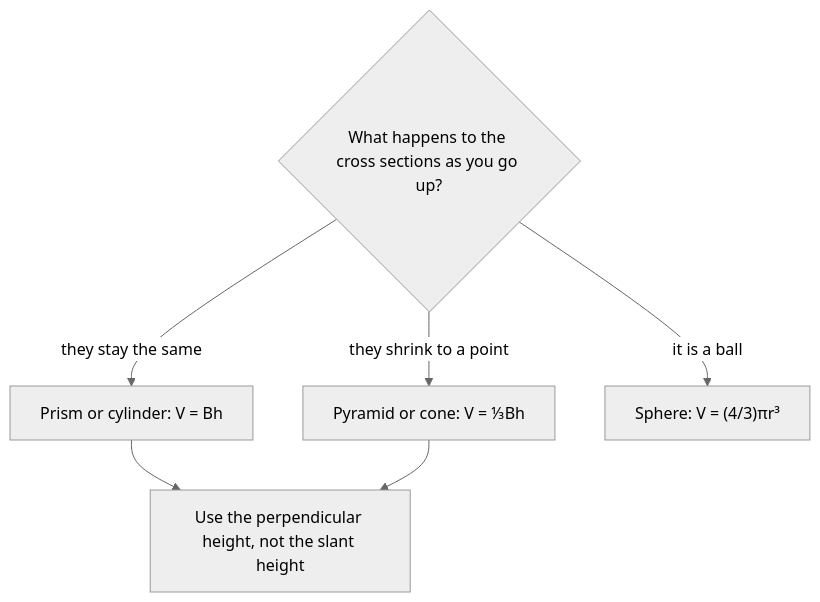
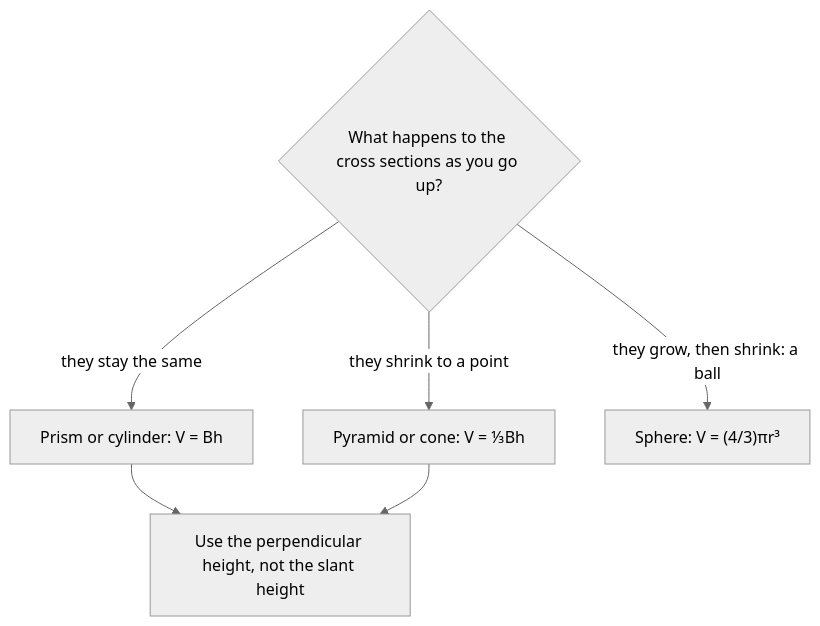
The diagram in content/math/geometry/lessons/34-volume.md (Aziliz/erudior), drawn with Mermaid (neutral theme) before and after one commit. The commit also changed 10 other files, not shown here.

````diff
--- a/content/math/geometry/lessons/34-volume.md
+++ b/content/math/geometry/lessons/34-volume.md
@@ -42,10 +42,10 @@
 ```mermaid
 flowchart TD
   accTitle: Choosing a volume formula
-  accDescr: If the solid has the same cross section all the way up, it is a prism or cylinder and its volume is base area times height. If it narrows to a point, it is a pyramid or cone and its volume is one third of base area times height. If it is a ball, its volume is four thirds pi r cubed. In every case the height is the perpendicular height, never the slant height.
+  accDescr: If the solid has the same cross section all the way up, it is a prism or cylinder and its volume is base area times height. If it narrows to a point, it is a pyramid or cone and its volume is one third of base area times height. If the cross sections grow and then shrink, as in a ball, it is a sphere and its volume is four thirds pi r cubed. In every case the height is the perpendicular height, never the slant height.
   A{"What happens to the cross sections as you go up?"} -->|"they stay the same"| B["Prism or cylinder: V = Bh"]
   A -->|"they shrink to a point"| C["Pyramid or cone: V = ⅓Bh"]
-  A -->|"it is a ball"| D["Sphere: V = (4/3)πr³"]
+  A -->|"they grow, then shrink: a ball"| D["Sphere: V = (4/3)πr³"]
   B --> E["Use the perpendicular height, not the slant height"]
   C --> E
 ```
````
